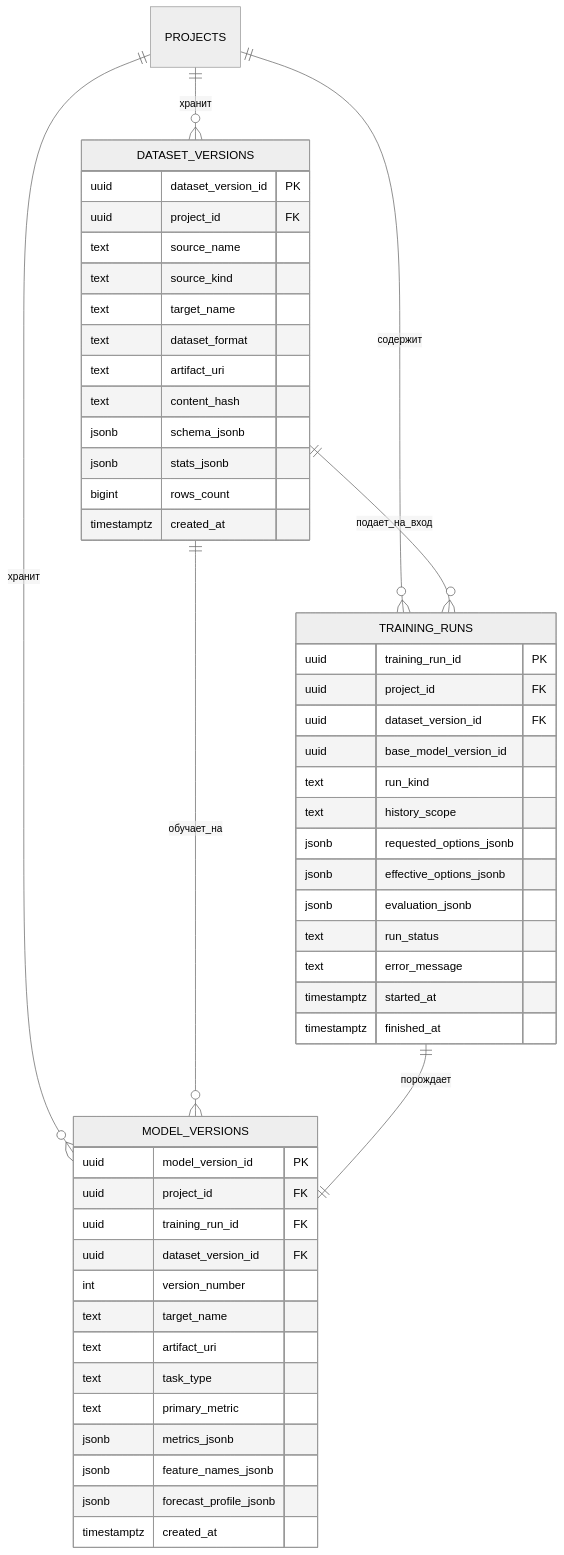
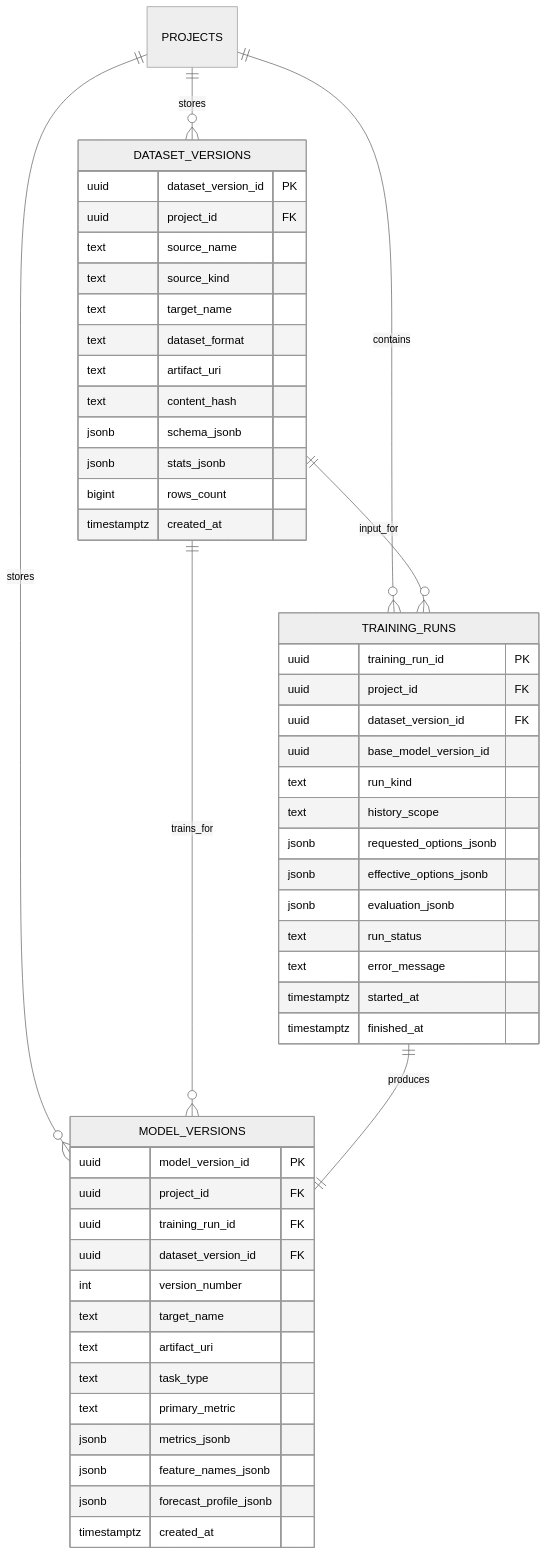
One commit to Maronari/AdaptiveML-DSS changed the second of 3 diagrams in docs/database.md. Above: the diagram before and after it, drawn with Mermaid (neutral theme). The commit also changed other lines of this file and 3 other files, not shown here.

Commit message:
docs: fix mermaid syntax and ignore local registry state

````diff
--- a/docs/database.md
+++ b/docs/database.md
@@ -76,56 +76,56 @@
 ```mermaid
 erDiagram
-    PROJECTS ||--o{ DATASET_VERSIONS : хранит
-    PROJECTS ||--o{ TRAINING_RUNS : содержит
-    PROJECTS ||--o{ MODEL_VERSIONS : хранит
-    DATASET_VERSIONS ||--o{ TRAINING_RUNS : подает_на_вход
-    DATASET_VERSIONS ||--o{ MODEL_VERSIONS : обучает_на
-    TRAINING_RUNS ||--|| MODEL_VERSIONS : порождает
+    PROJECTS ||--o{ DATASET_VERSIONS : stores
+    PROJECTS ||--o{ TRAINING_RUNS : contains
+    PROJECTS ||--o{ MODEL_VERSIONS : stores
+    DATASET_VERSIONS ||--o{ TRAINING_RUNS : input_for
+    DATASET_VERSIONS ||--o{ MODEL_VERSIONS : trains_for
+    TRAINING_RUNS ||--|| MODEL_VERSIONS : produces
 
     DATASET_VERSIONS {
         uuid dataset_version_id PK
         uuid project_id FK
         text source_name
         text source_kind
         text target_name
         text dataset_format
         text artifact_uri
         text content_hash
         jsonb schema_jsonb
         jsonb stats_jsonb
         bigint rows_count
         timestamptz created_at
     }
 
     TRAINING_RUNS {
         uuid training_run_id PK
         uuid project_id FK
         uuid dataset_version_id FK
         uuid base_model_version_id
         text run_kind
         text history_scope
         jsonb requested_options_jsonb
         jsonb effective_options_jsonb
         jsonb evaluation_jsonb
         text run_status
         text error_message
         timestamptz started_at
         timestamptz finished_at
     }
 
     MODEL_VERSIONS {
         uuid model_version_id PK
         uuid project_id FK
         uuid training_run_id FK
         uuid dataset_version_id FK
         int version_number
         text target_name
         text artifact_uri
         text task_type
         text primary_metric
         jsonb metrics_jsonb
         jsonb feature_names_jsonb
         jsonb forecast_profile_jsonb
         timestamptz created_at
     }
 ```
````
